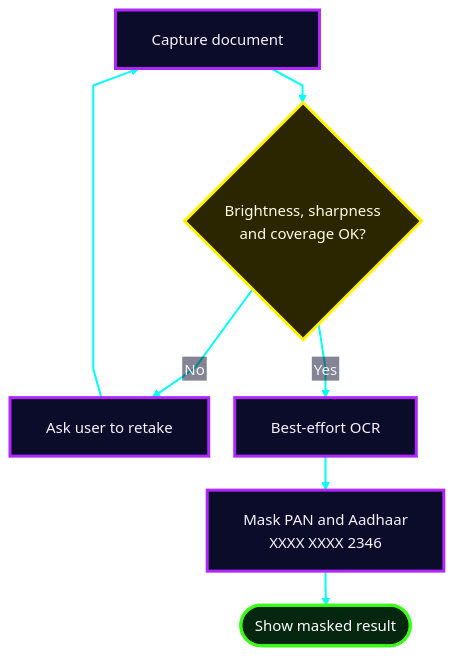
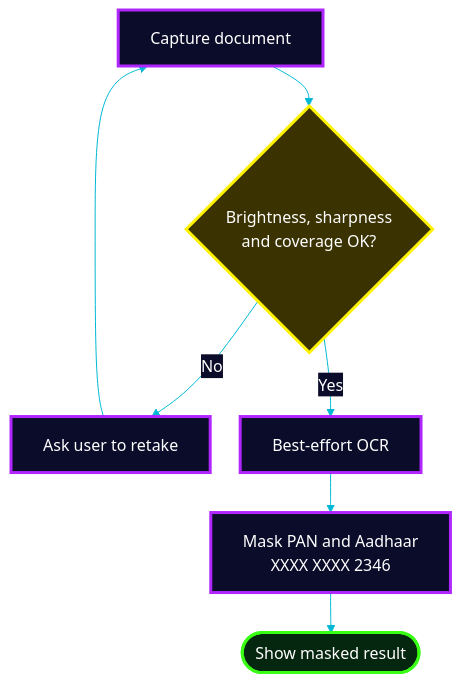
Diagram 15 of 17 in README.md (Mansi232323/MANSHORA), drawn with Mermaid before and after one commit. The commit also changed other lines of this file, not shown here.

````diff
--- a/README.md
+++ b/README.md
@@ -606,17 +595,16 @@
 ```mermaid
-%%{init: {'theme':'base','themeVariables':{'fontSize':'15px','fontFamily':'Arial, Helvetica, sans-serif','primaryColor':'#0b0b2a','primaryTextColor':'#f5f3ff','primaryBorderColor':'#b026ff','lineColor':'#00fff7','textColor':'#f5f3ff','edgeLabelBackground':'#0b0b2a'},'flowchart':{'htmlLabels':false,'nodeSpacing':26,'rankSpacing':34,'padding':18,'curve':'linear'}}}%%
+%%{init: {'theme':'base','themeVariables':{'fontSize':'16px','fontFamily':'Arial, Helvetica, sans-serif','primaryColor':'#0b0b2a','primaryTextColor':'#ffffff','primaryBorderColor':'#b026ff','lineColor':'#00b8d4','textColor':'#ffffff','edgeLabelBackground':'#0b0b2a'},'flowchart':{'htmlLabels':true,'nodeSpacing':30,'rankSpacing':40,'padding':16,'curve':'basis','wrappingWidth':240,'useMaxWidth':true}}}%%
 flowchart TD
     C["Capture document"] --> Q{"Brightness, sharpness<br/>and coverage OK?"}
     Q -- "No" --> R["Ask user to retake"]
     R --> C
     Q -- "Yes" --> O["Best-effort OCR"]
     O --> M["Mask PAN and Aadhaar<br/>XXXX XXXX 2346"]
     M --> D(["Show masked result"])
-    classDef a fill:#0b0b2a,stroke:#b026ff,stroke-width:3px,color:#f5f3ff
-    classDef d fill:#2b2600,stroke:#fff200,stroke-width:3px,color:#fffbe6
+    classDef a fill:#0b0b2a,stroke:#b026ff,stroke-width:3px,color:#ffffff
+    classDef d fill:#3a3200,stroke:#fff200,stroke-width:3px,color:#ffffff
     classDef ok fill:#05260f,stroke:#39ff14,stroke-width:3px,color:#ffffff
     class C,R,O,M a
     class Q d
     class D ok
-    linkStyle default fill:none,stroke:#00fff7,stroke-width:2px
 ```
````
